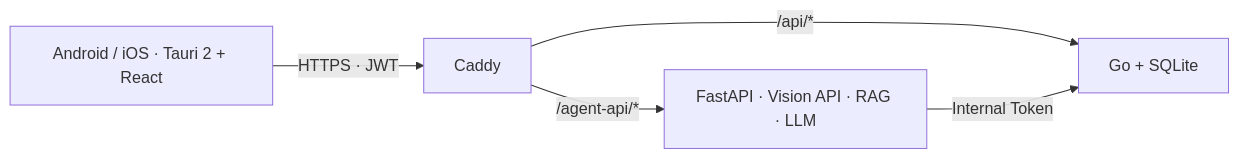
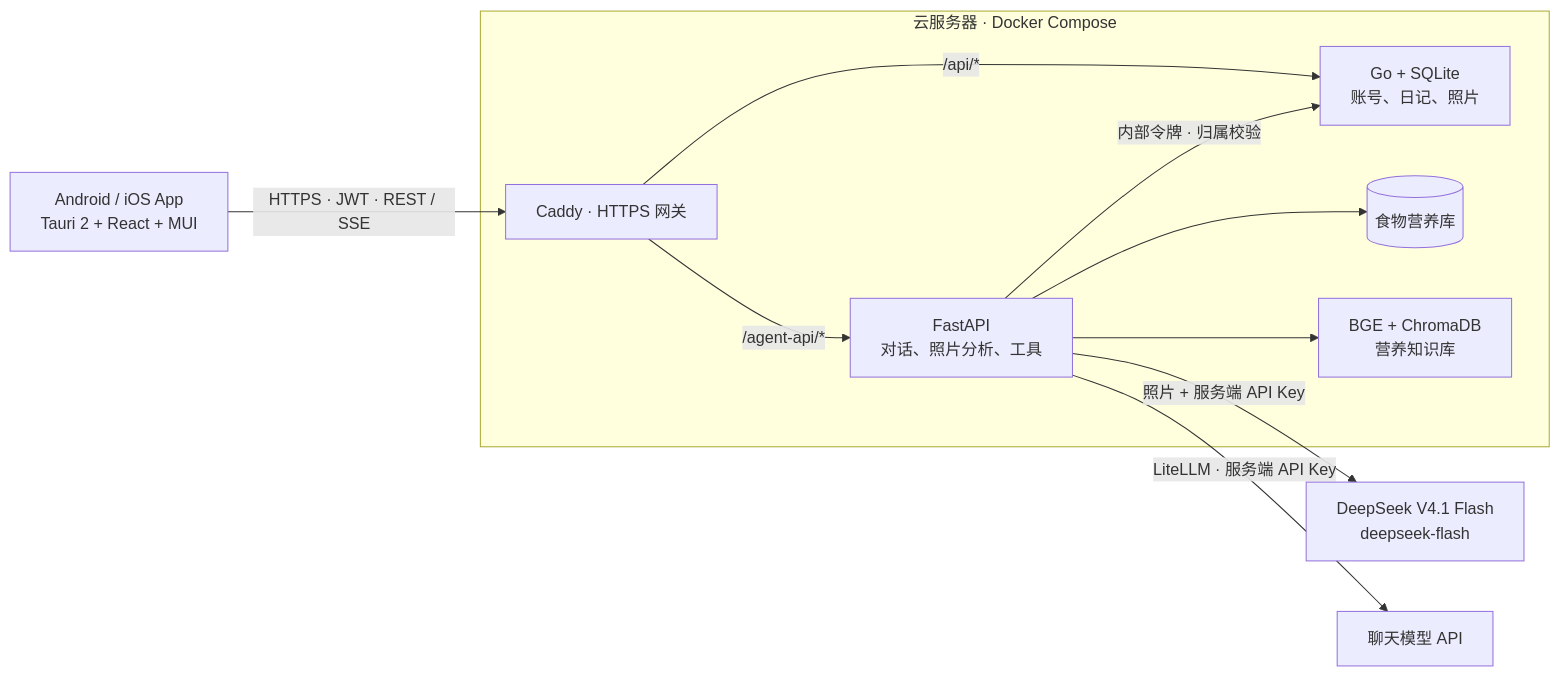
One commit to Green-hats/NutriGo changed the diagram in README.zh-CN.md. Above: the diagram before and after it, drawn with Mermaid. The commit also changed other lines of this file and 4 other files, not shown here.

Commit message:
docs: refresh readmes and diagrams for current mobile meal flow

````diff
--- a/README.zh-CN.md
+++ b/README.zh-CN.md
@@ -112,7 +116,19 @@
 ```mermaid
 flowchart LR
-    App[Android / iOS · Tauri 2 + React] -->|HTTPS · JWT| Caddy
-    Caddy -->|/api/*| Go[Go + SQLite]
-    Caddy -->|/agent-api/*| Agent[FastAPI · Vision API · RAG · LLM]
-    Agent -->|Internal Token| Go
+    App["Android / iOS App<br/>Tauri 2 + React + MUI"]
+    subgraph Cloud["云服务器 · Docker Compose"]
+        Caddy["Caddy · HTTPS 网关"]
+        Go["Go + SQLite<br/>账号、日记、照片"]
+        Agent["FastAPI<br/>对话、照片分析、工具"]
+        Nutrition[("食物营养库")]
+        RAG["BGE + ChromaDB<br/>营养知识库"]
+        Caddy -->|"/api/*"| Go
+        Caddy -->|"/agent-api/*"| Agent
+        Agent -->|"内部令牌 · 归属校验"| Go
+        Agent --> Nutrition
+        Agent --> RAG
+    end
+    App -->|"HTTPS · JWT · REST / SSE"| Caddy
+    Agent -->|"照片 + 服务端 API Key"| Vision["DeepSeek V4.1 Flash<br/>deepseek-flash"]
+    Agent -->|"LiteLLM · 服务端 API Key"| LLM["聊天模型 API"]
 ```
````
